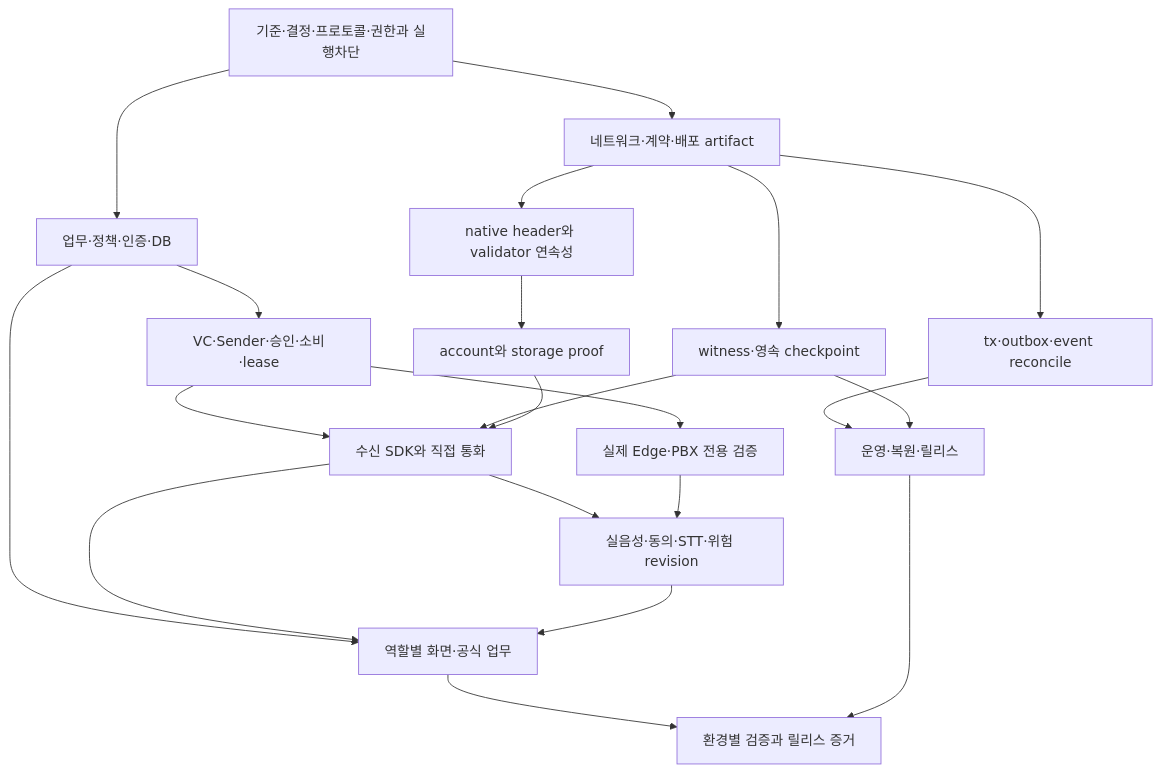
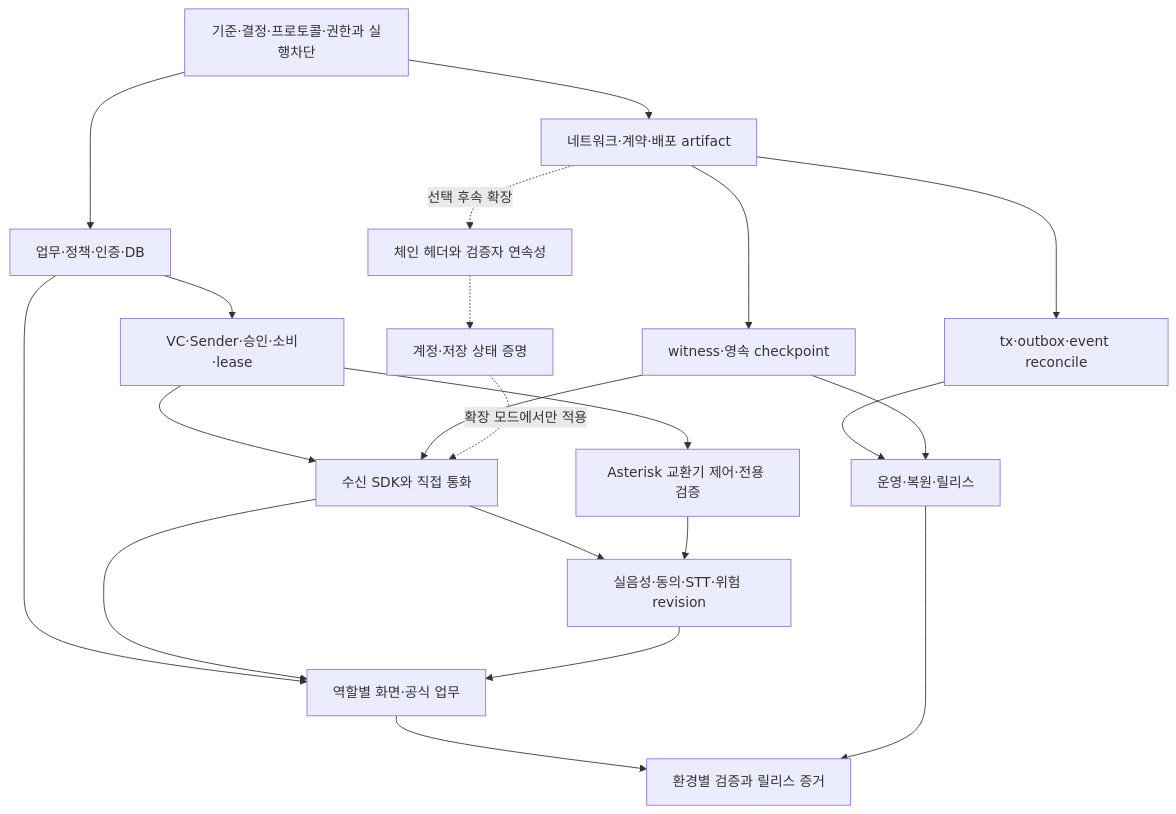
One commit to 0u-Y/CallSign changed the fifth of 7 diagrams in docs/MASTER-DEVELOPMENT-SPEC.md. Above: the diagram before and after it, drawn with Mermaid. The commit also changed other lines of this file and 20 other files, not shown here.

````diff
--- a/docs/MASTER-DEVELOPMENT-SPEC.md
+++ b/docs/MASTER-DEVELOPMENT-SPEC.md
@@ -1362,23 +1382,23 @@
 ```mermaid
 flowchart TD
   P0[기준·결정·프로토콜·권한과 실행차단] --> B[업무·정책·인증·DB]
   P0 --> C[네트워크·계약·배포 artifact]
   B --> A[VC·Sender·승인·소비·lease]
   C --> L[tx·outbox·event reconcile]
   C --> W[witness·영속 checkpoint]
-  C --> N[native header와 validator 연속성]
-  N --> NS[account와 storage proof]
+  C -. 선택 후속 확장 .-> N[체인 헤더와 검증자 연속성]
+  N -.-> NS[계정·저장 상태 증명]
   A --> R[수신 SDK와 직접 통화]
   W --> R
-  NS --> R
-  A --> PB[실제 Edge·PBX 전용 검증]
+  NS -. 확장 모드에서만 적용 .-> R
+  A --> PB[Asterisk 교환기 제어·전용 검증]
   R --> AI[실음성·동의·STT·위험 revision]
   PB --> AI
   B --> UI[역할별 화면·공식 업무]
   R --> UI
   AI --> UI
   L --> O[운영·복원·릴리스]
   W --> O
   UI --> V[환경별 검증과 릴리스 증거]
   O --> V
 ```
````
